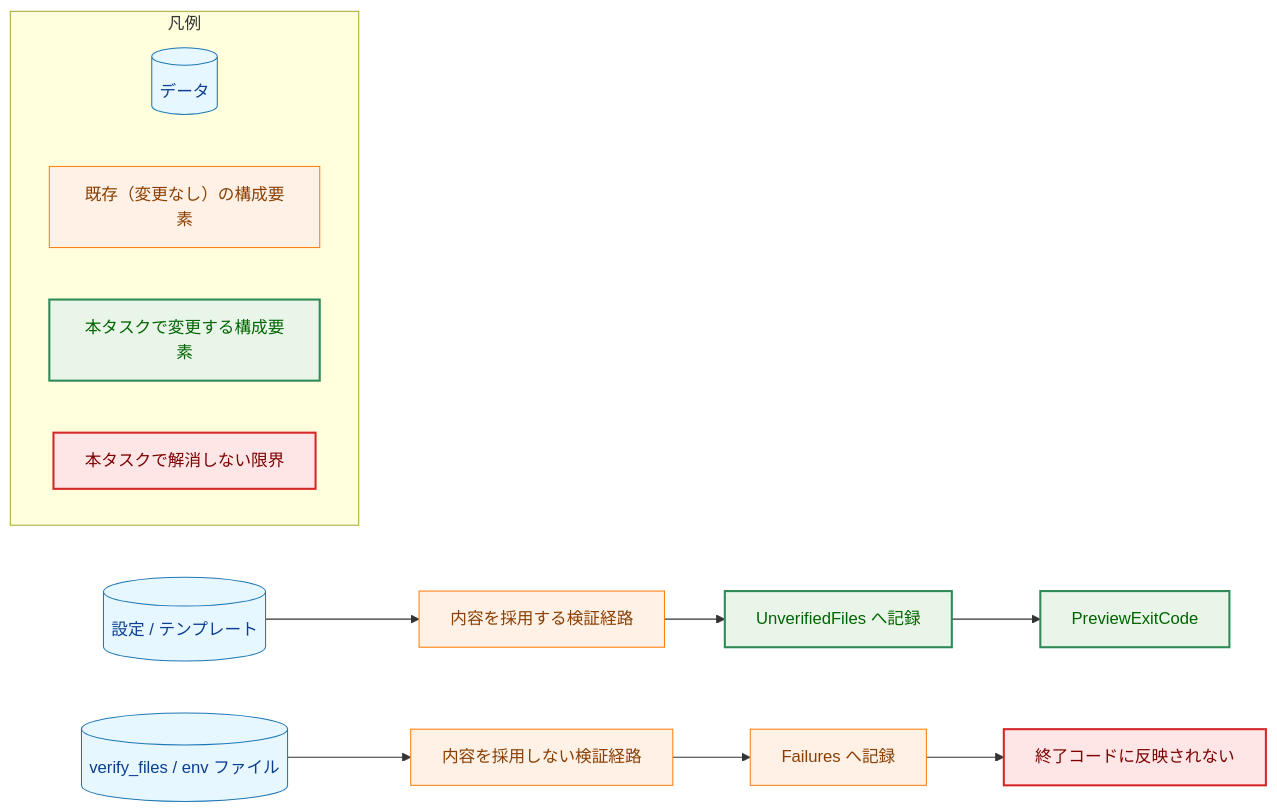
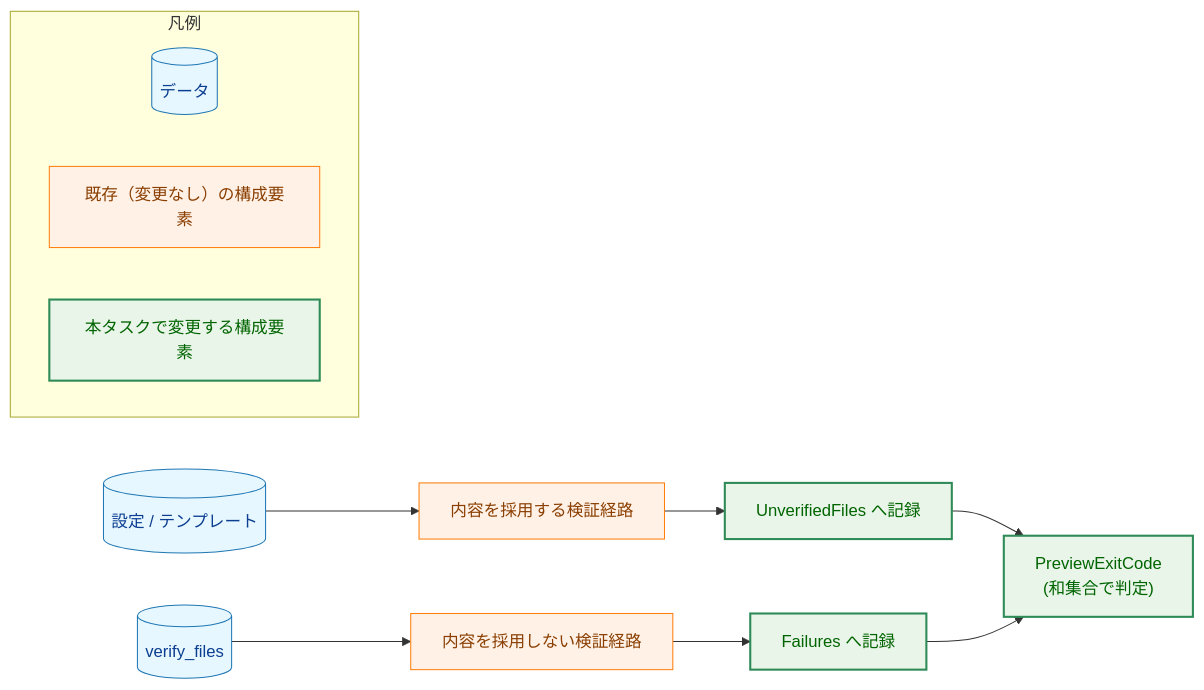
The sixth of 7 diagrams in docs/tasks/0147_dry_run_strict_unverified_default/02_architecture.md (isseis/go-safe-cmd-runner), drawn with Mermaid before and after one commit. The commit also changed other lines of this file and 1 other file, not shown here.

````diff
--- a/docs/tasks/0147_dry_run_strict_unverified_default/02_architecture.md
+++ b/docs/tasks/0147_dry_run_strict_unverified_default/02_architecture.md
@@ -612,32 +664,28 @@
 ```mermaid
 flowchart LR
     classDef data fill:#e6f7ff,stroke:#1f77b4,stroke-width:1px,color:#0b3d91;
     classDef process fill:#fff1e6,stroke:#ff7f0e,stroke-width:1px,color:#8a3e00;
     classDef enhanced fill:#e8f5e8,stroke:#2e8b57,stroke-width:2px,color:#006400;
-    classDef problem fill:#ffe6e6,stroke:#d62728,stroke-width:2px,color:#7b0000;
 
     CFG[("設定 / テンプレート")]
-    VF[("verify_files / env ファイル")]
+    VF[("verify_files")]
     P1["内容を採用する検証経路"]
     P2["内容を採用しない検証経路"]
     UF["UnverifiedFiles へ記録"]
     FL["Failures へ記録"]
-    EX["PreviewExitCode"]
-    NO["終了コードに反映されない"]
+    EX["PreviewExitCode<br>(和集合で判定)"]
 
     CFG --> P1 --> UF --> EX
-    VF --> P2 --> FL --> NO
+    VF --> P2 --> FL --> EX
 
     class CFG,VF data
-    class P1,P2,FL process
-    class UF,EX enhanced
-    class NO problem
+    class P1,P2 process
+    class UF,FL,EX enhanced
 
     subgraph Legend["凡例"]
         direction LR
         LD[("データ")]:::data
         LP["既存（変更なし）の構成要素"]:::process
         LE["本タスクで変更する構成要素"]:::enhanced
-        LX["本タスクで解消しない限界"]:::problem
     end
 ```
````
